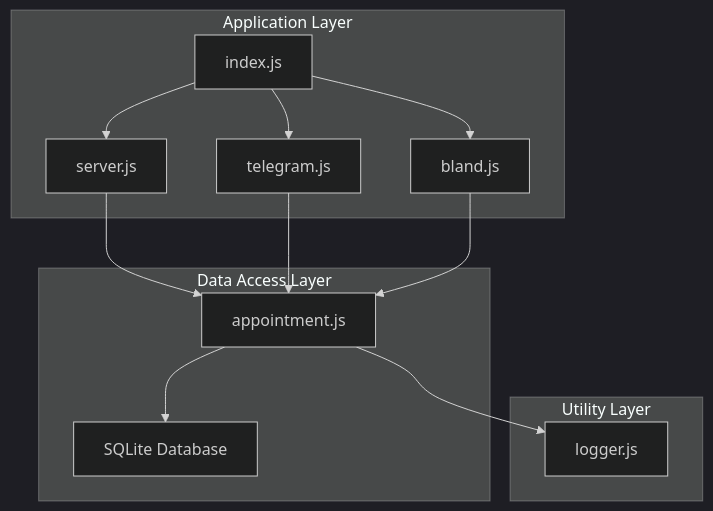
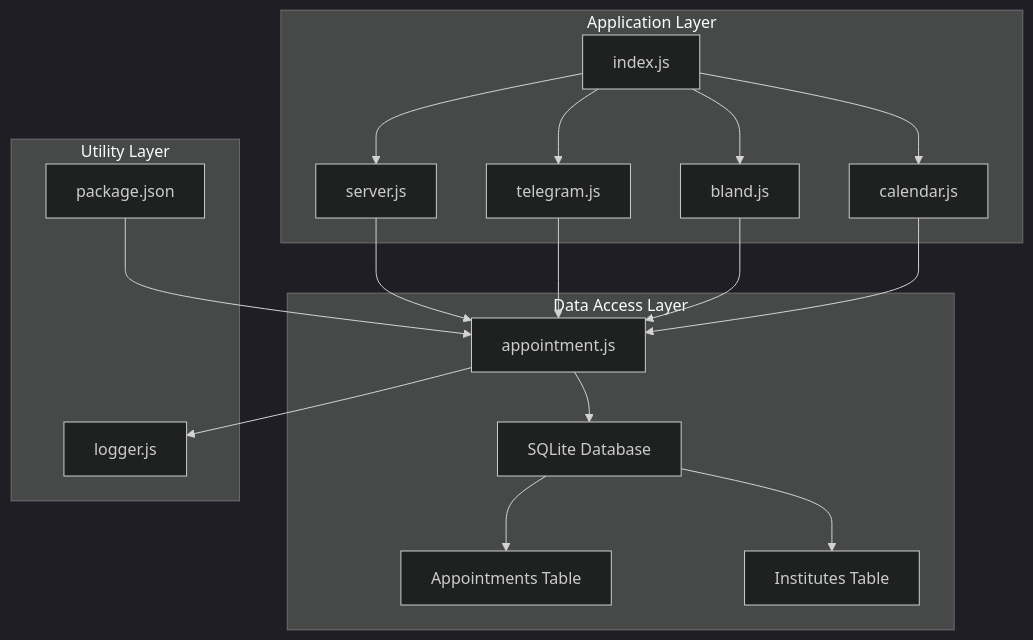
One commit to Armanda888/appointment-voice-agent changed the first of 18 diagrams in .qoder/repowiki/en/content/Core Components/Database Management.md. Above: the diagram before and after it, drawn with Mermaid (dark theme). The commit also changed other lines of this file and 10 other files, not shown here.

````diff
--- a/.qoder/repowiki/en/content/Core Components/Database Management.md
+++ b/.qoder/repowiki/en/content/Core Components/Database Management.md
@@ -47,18 +51,24 @@
 ```mermaid
 graph TB
 subgraph "Application Layer"
 A[index.js] --> B[server.js]
 A --> C[telegram.js]
 A --> D[bland.js]
+A --> E[calendar.js]
 end
 subgraph "Data Access Layer"
-E[appointment.js] --> F[SQLite Database]
+F[appointment.js] --> G[SQLite Database]
+G --> H[Appointments Table]
+G --> I[Institutes Table]
 end
 subgraph "Utility Layer"
-G[logger.js]
+J[logger.js]
+K[package.json]
 end
-B --> E
-C --> E
-D --> E
-E --> G
+B --> F
+C --> F
+D --> F
+E --> F
+F --> J
+K --> F
 ```
````
